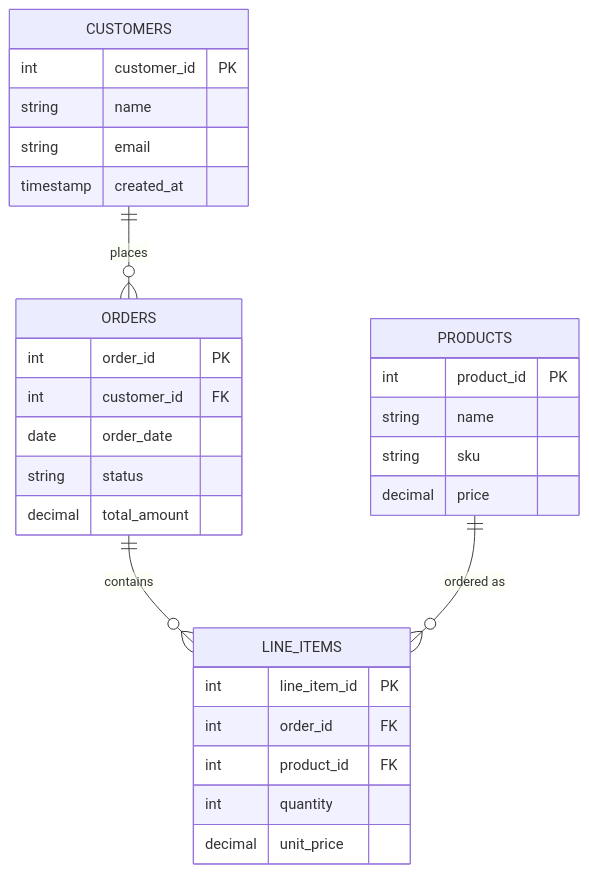
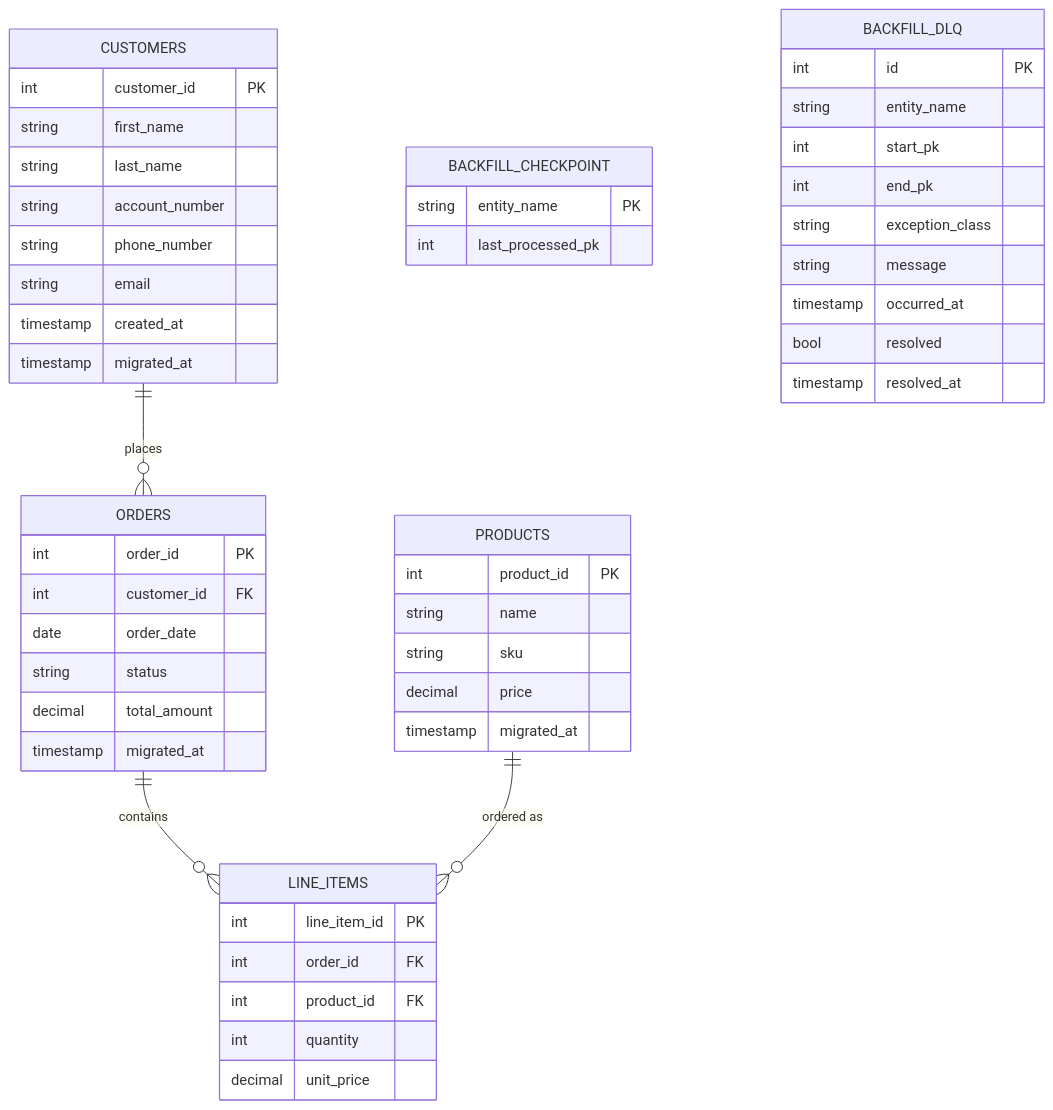
Before and after one commit to aadeola/m2m: the diagram in db-schema-diagram.mermaid, drawn with Mermaid. The commit also changed 8 other files, not shown here.

Commit message:
fixed bugs on checkpoint, dlq and logging

```diff
--- a/db-schema-diagram.mermaid
+++ b/db-schema-diagram.mermaid
@@ -1,34 +1,57 @@
 erDiagram
     CUSTOMERS ||--o{ ORDERS : places
     ORDERS ||--o{ LINE_ITEMS : contains
     PRODUCTS ||--o{ LINE_ITEMS : "ordered as"
 
     CUSTOMERS {
         int customer_id PK
-        string name
+        string first_name
+        string last_name
+        string account_number
+        string phone_number
         string email
         timestamp created_at
+        timestamp migrated_at
     }
 
     ORDERS {
         int order_id PK
         int customer_id FK
         date order_date
         string status
         decimal total_amount
+        timestamp migrated_at
     }
 
     LINE_ITEMS {
         int line_item_id PK
         int order_id FK
         int product_id FK
         int quantity
         decimal unit_price
     }
 
     PRODUCTS {
         int product_id PK
         string name
         string sku
         decimal price
+        timestamp migrated_at
     }
+
+    BACKFILL_CHECKPOINT {
+        string entity_name PK
+        int last_processed_pk
+    }
+
+    BACKFILL_DLQ {
+        int id PK
+        string entity_name
+        int start_pk
+        int end_pk
+        string exception_class
+        string message
+        timestamp occurred_at
+        bool resolved
+        timestamp resolved_at
+    }
```
